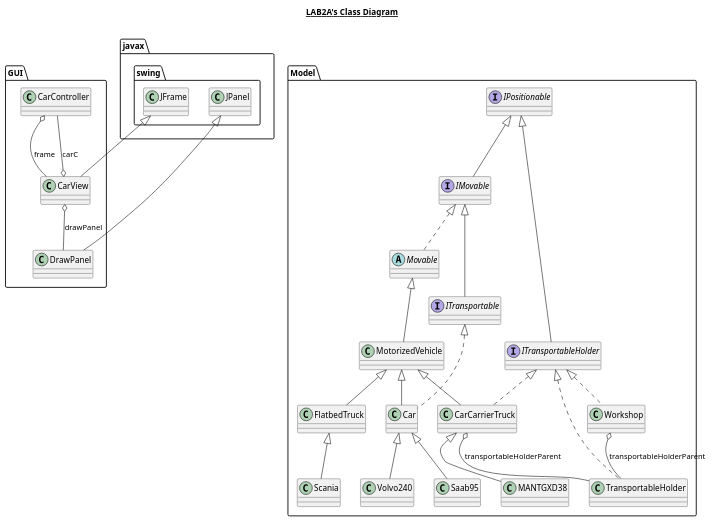
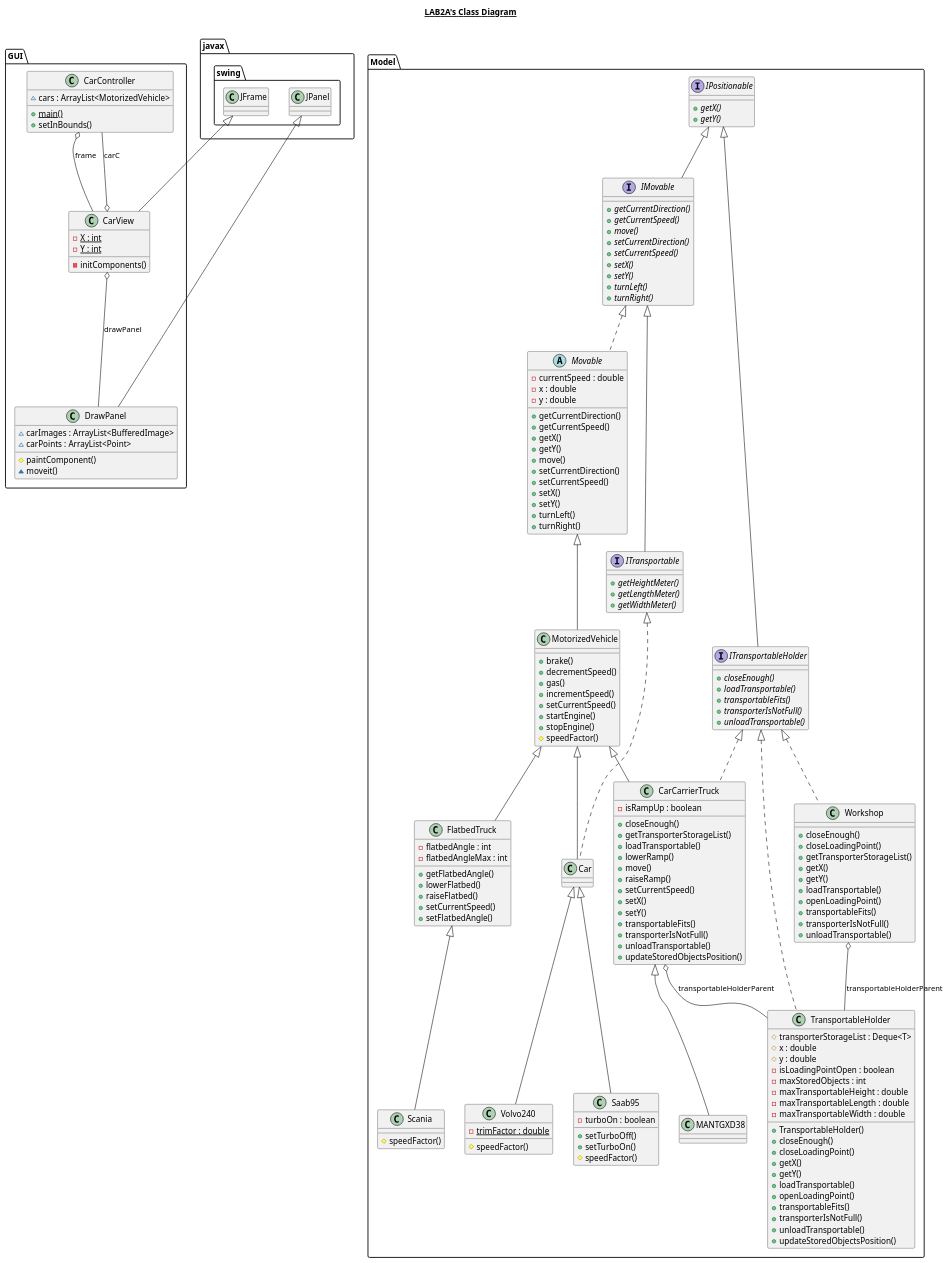
The diagram in UML/Lab2A.plantuml (erikwet/Lab2A), drawn with PlantUML before and after one commit. The commit also changed 4 other files, not shown here.

Commit message:
fixed UML and commented JavaDoc in CarController

```diff
--- a/UML/Lab2A.plantuml
+++ b/UML/Lab2A.plantuml
@@ -1,83 +1,192 @@
 @startuml
 
 title __LAB2A's Class Diagram__\n
 
 class GUI.CarController {
+    ~ cars : ArrayList<MotorizedVehicle>
+    {static} + main()
+    + setInBounds()
 }
+
 class GUI.CarView {
+    {static} - X : int
+    {static} - Y : int
+    - initComponents()
 }
 
 class GUI.DrawPanel {
+    ~ carImages : ArrayList<BufferedImage>
+    ~ carPoints : ArrayList<Point>
+    # paintComponent()
+    ~ moveit()
 }
 
 class Model.Car {
 }
 
 class Model.CarCarrierTruck {
+    - isRampUp : boolean
+    + closeEnough()
+    + getTransporterStorageList()
+    + loadTransportable()
+    + lowerRamp()
+    + move()
+    + raiseRamp()
+    + setCurrentSpeed()
+    + setX()
+    + setY()
+    + transportableFits()
+    + transporterIsNotFull()
+    + unloadTransportable()
+    + updateStoredObjectsPosition()
 }
 
 class Model.FlatbedTruck {
+    - flatbedAngle : int
+    - flatbedAngleMax : int
+    + getFlatbedAngle()
+    + lowerFlatbed()
+    + raiseFlatbed()
+    + setCurrentSpeed()
+    + setFlatbedAngle()
 }
 
 interface Model.IMovable {
+    {abstract} + getCurrentDirection()
+    {abstract} + getCurrentSpeed()
+    {abstract} + move()
+    {abstract} + setCurrentDirection()
+    {abstract} + setCurrentSpeed()
+    {abstract} + setX()
+    {abstract} + setY()
+    {abstract} + turnLeft()
+    {abstract} + turnRight()
 }
 
 interface Model.IPositionable {
+    {abstract} + getX()
+    {abstract} + getY()
 }
 
 interface Model.ITransportable {
+    {abstract} + getHeightMeter()
+    {abstract} + getLengthMeter()
+    {abstract} + getWidthMeter()
 }
 
 interface Model.ITransportableHolder {
+    {abstract} + closeEnough()
+    {abstract} + loadTransportable()
+    {abstract} + transportableFits()
+    {abstract} + transporterIsNotFull()
+    {abstract} + unloadTransportable()
 }
 
 class Model.MANTGXD38 {
 }
 
 class Model.MotorizedVehicle {
+    + brake()
+    + decrementSpeed()
+    + gas()
+    + incrementSpeed()
+    + setCurrentSpeed()
+    + startEngine()
+    + stopEngine()
+    # speedFactor()
 }
 
 abstract class Model.Movable {
+    - currentSpeed : double
+    - x : double
+    - y : double
+    + getCurrentDirection()
+    + getCurrentSpeed()
+    + getX()
+    + getY()
+    + move()
+    + setCurrentDirection()
+    + setCurrentSpeed()
+    + setX()
+    + setY()
+    + turnLeft()
+    + turnRight()
 }
 
 class Model.Saab95 {
+    - turboOn : boolean
+    + setTurboOff()
+    + setTurboOn()
+    # speedFactor()
 }
 
 class Model.Scania {
+    # speedFactor()
 }
 
 class Model.TransportableHolder {
+    # transporterStorageList : Deque<T>
+    # x : double
+    # y : double
+    - isLoadingPointOpen : boolean
+    - maxStoredObjects : int
+    - maxTransportableHeight : double
+    - maxTransportableLength : double
+    - maxTransportableWidth : double
+    + TransportableHolder()
+    + closeEnough()
+    + closeLoadingPoint()
+    + getX()
+    + getY()
+    + loadTransportable()
+    + openLoadingPoint()
+    + transportableFits()
+    + transporterIsNotFull()
+    + unloadTransportable()
+    + updateStoredObjectsPosition()
 }
 
 class Model.Volvo240 {
+    {static} - trimFactor : double
+    # speedFactor()
 }
 
 class Model.Workshop {
+    + closeEnough()
+    + closeLoadingPoint()
+    + getTransporterStorageList()
+    + getX()
+    + getY()
+    + loadTransportable()
+    + openLoadingPoint()
+    + transportableFits()
+    + transporterIsNotFull()
+    + unloadTransportable()
 }
 
 GUI.CarController o-- GUI.CarView : frame
 GUI.CarView -up-|> javax.swing.JFrame
 GUI.CarView o-- GUI.CarController : carC
 GUI.CarView o-- GUI.DrawPanel : drawPanel
 GUI.DrawPanel -up-|> javax.swing.JPanel
 Model.Car .up.|> Model.ITransportable
 Model.Car -up-|> Model.MotorizedVehicle
 Model.CarCarrierTruck .up.|> Model.ITransportableHolder
 Model.CarCarrierTruck -up-|> Model.MotorizedVehicle
 Model.CarCarrierTruck o-- Model.TransportableHolder : transportableHolderParent
 Model.FlatbedTruck -up-|> Model.MotorizedVehicle
 Model.MANTGXD38 -up-|> Model.CarCarrierTruck
 Model.MotorizedVehicle -up-|> Model.Movable
 Model.Movable .up.|> Model.IMovable
-Model.Movable o-- Model.IMovable.Direction : currentDirection
+Model.Movable o-up- Model.IMovable.Direction : currentDirection
 Model.Saab95 -up-|> Model.Car
 Model.Scania -up-|> Model.FlatbedTruck
 Model.TransportableHolder .up.|> Model.ITransportableHolder
 Model.Volvo240 -up-|> Model.Car
 Model.Workshop .up.|> Model.ITransportableHolder
 Model.Workshop o-- Model.TransportableHolder : transportableHolderParent
 Model.IMovable -up-|> Model.IPositionable
 Model.ITransportableHolder -up-|> Model.IPositionable
 Model.ITransportable -up-|> Model.IMovable
 
 @enduml
```
